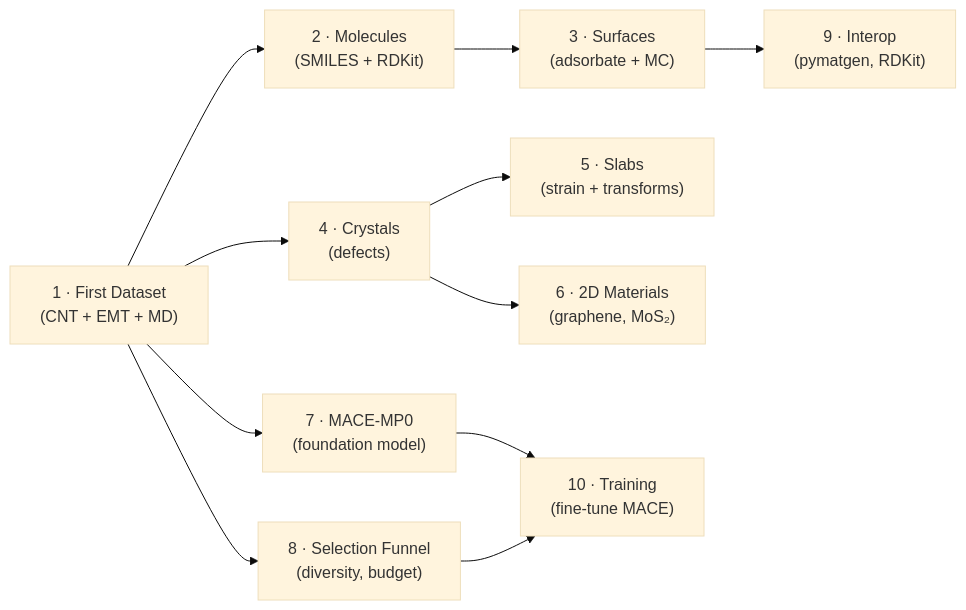
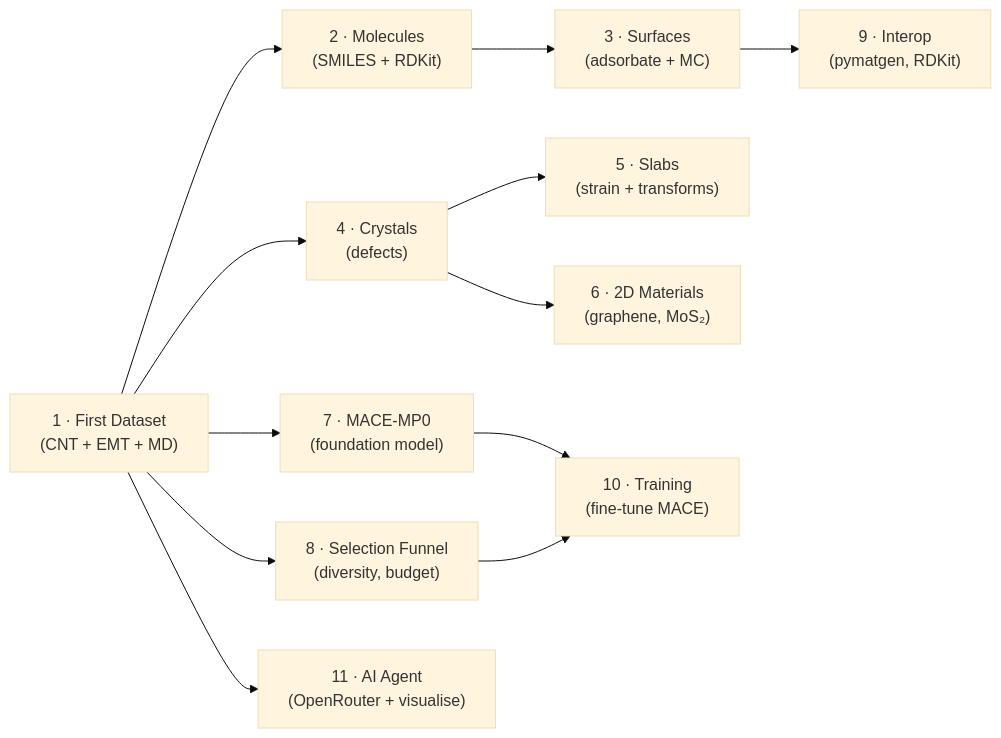
The diagram in docs/tutorials/index.md (basillicus/traincraft), drawn with Mermaid (base theme) before and after one commit. The commit also changed other lines of this file and 2 other files, not shown here.

Commit message:
docs: add tutorial 11 — driving TrainCraft with an AI agent (OpenRouter) and visualising geometries on a headless VM

````diff
--- a/docs/tutorials/index.md
+++ b/docs/tutorials/index.md
@@ -14,24 +14,26 @@
 ```mermaid
 graph LR
     T1["1 · First Dataset<br/>(CNT + EMT + MD)"]
     T2["2 · Molecules<br/>(SMILES + RDKit)"]
     T3["3 · Surfaces<br/>(adsorbate + MC)"]
     T4["4 · Crystals<br/>(defects)"]
     T5["5 · Slabs<br/>(strain + transforms)"]
     T6["6 · 2D Materials<br/>(graphene, MoS₂)"]
     T7["7 · MACE-MP0<br/>(foundation model)"]
     T8["8 · Selection Funnel<br/>(diversity, budget)"]
     T9["9 · Interop<br/>(pymatgen, RDKit)"]
     T10["10 · Training<br/>(fine-tune MACE)"]
+    T11["11 · AI Agent<br/>(OpenRouter + visualise)"]
 
     T1 --> T2
     T1 --> T4
     T2 --> T3
     T4 --> T5
     T4 --> T6
     T1 --> T7
     T1 --> T8
     T3 --> T9
     T7 --> T10
     T8 --> T10
+    T1 --> T11
 ```
````
